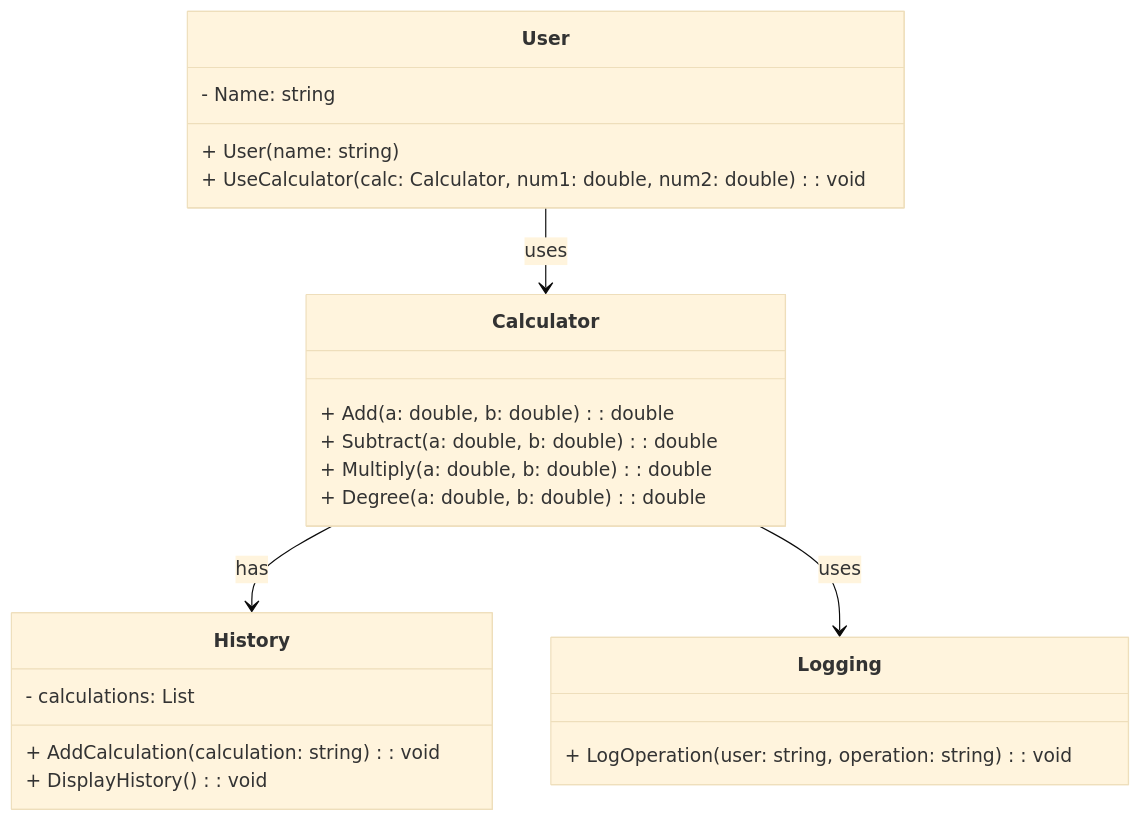
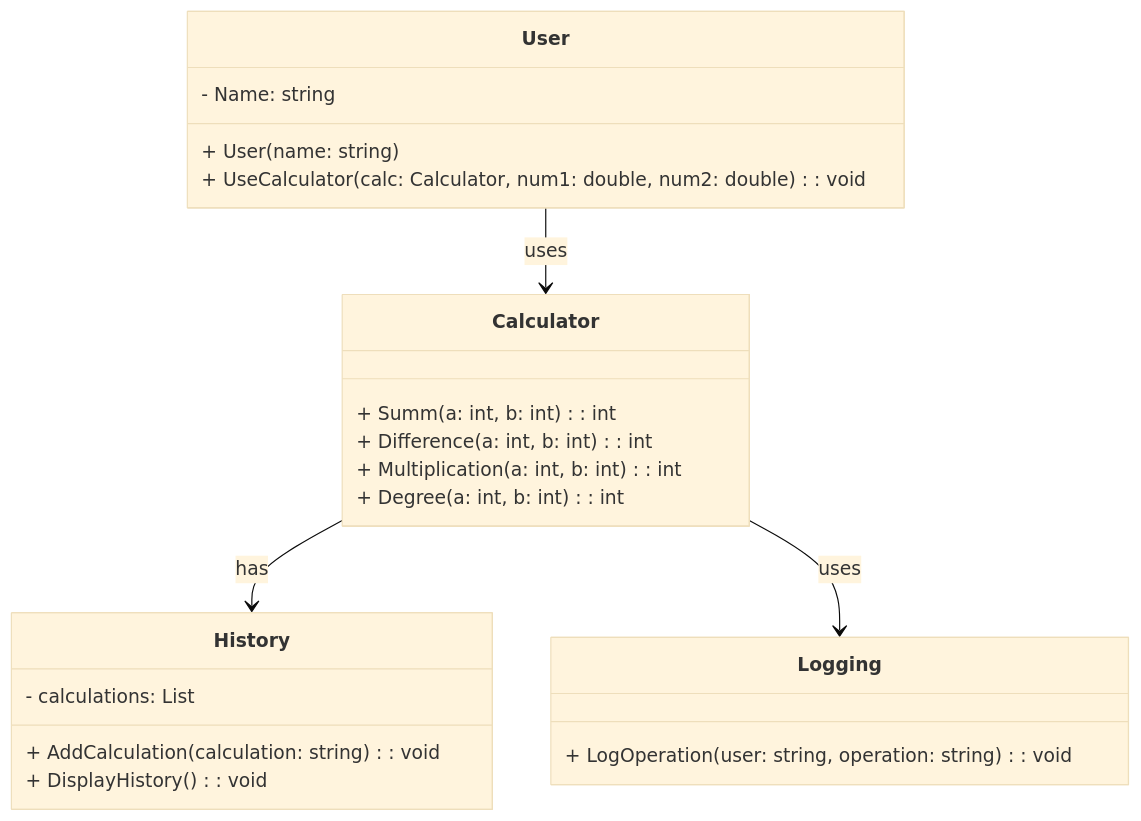
The diagram in README.md (MihailMizinov/UnitTest), drawn with Mermaid (base theme) before and after one commit.

````diff
--- a/README.md
+++ b/README.md
@@ -1,30 +1,30 @@
 ```mermaid
 classDiagram
 class Calculator {
-+ Add(a: double, b: double): double
-+ Subtract(a: double, b: double): double
-+ Multiply(a: double, b: double): double
-+ Degree(a: double, b: double): double
++ Summ(a: int, b: int): int
++ Difference(a: int, b: int): int
++ Multiplication(a: int, b: int): int
++ Degree(a: int, b: int): int
 }
 
 class User {
 - Name: string
 + User(name: string)
 + UseCalculator(calc: Calculator, num1: double, num2: double): void
 }
 
 class History {
 - calculations: List<string>
 + AddCalculation(calculation: string): void
 + DisplayHistory(): void
 }
 
 class Logging {
 + LogOperation(user: string, operation: string): void
 }
 
 
 User  -->  Calculator : uses
 Calculator  -->  History : has
 Calculator  -->  Logging : uses
 ```
````
